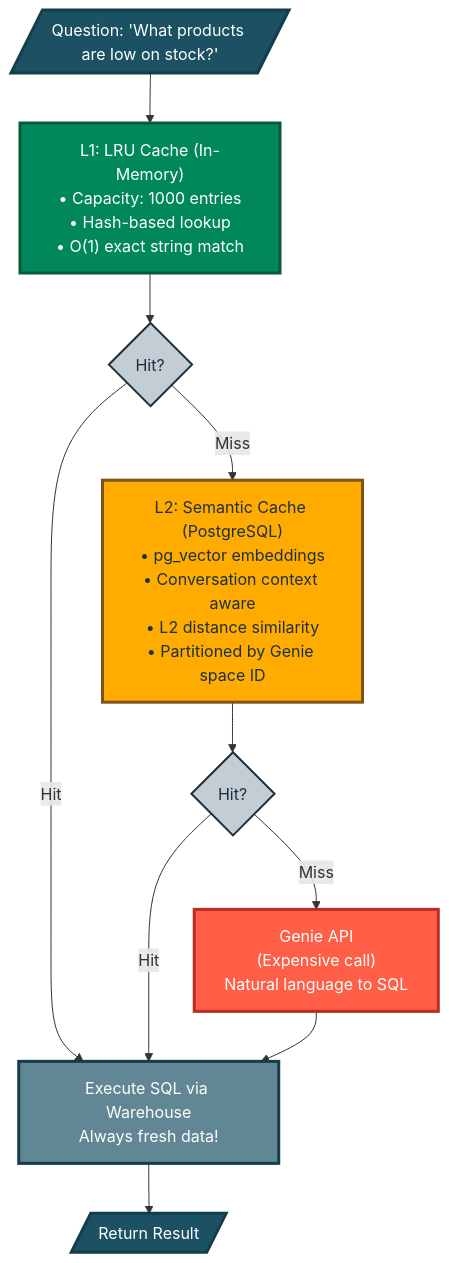
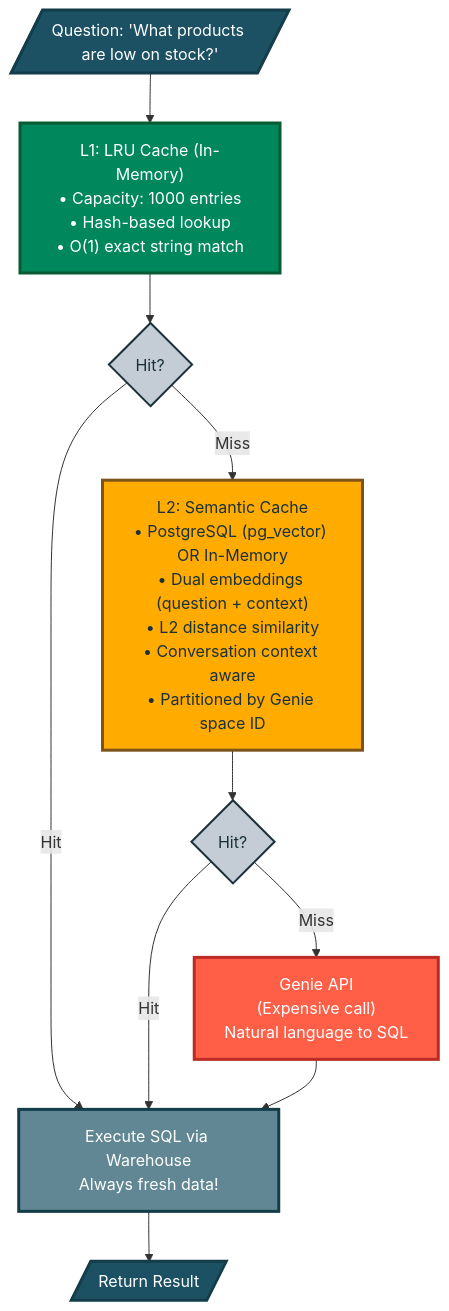
Before and after one commit to natefleming/retail-ai: the first of 2 diagrams in docs/key-capabilities.md, drawn with Mermaid. The commit also changed other lines of this file and 13 other files, not shown here.

Commit message:
add test for in memory semantic cache

````diff
--- a/docs/key-capabilities.md
+++ b/docs/key-capabilities.md
@@ -198,37 +198,37 @@
 ```mermaid
 graph TB
     question[/"Question: 'What products are low on stock?'"/]
     
     l1_cache["L1: LRU Cache (In-Memory)<br/>• Capacity: 1000 entries<br/>• Hash-based lookup<br/>• O(1) exact string match"]
     l1_hit{Hit?}
     
-    l2_cache["L2: Semantic Cache (PostgreSQL)<br/>• pg_vector embeddings<br/>• Conversation context aware<br/>• L2 distance similarity<br/>• Partitioned by Genie space ID"]
+    l2_cache["L2: Semantic Cache<br/>• PostgreSQL (pg_vector) OR In-Memory<br/>• Dual embeddings (question + context)<br/>• L2 distance similarity<br/>• Conversation context aware<br/>• Partitioned by Genie space ID"]
     l2_hit{Hit?}
     
     genie["Genie API<br/>(Expensive call)<br/>Natural language to SQL"]
     
     execute["Execute SQL via Warehouse<br/>Always fresh data!"]
     
     result[/"Return Result"/]
     
     question --> l1_cache
     l1_cache --> l1_hit
     l1_hit -->|Hit| execute
     l1_hit -->|Miss| l2_cache
     
     l2_cache --> l2_hit
     l2_hit -->|Hit| execute
     l2_hit -->|Miss| genie
     
     genie --> execute
     execute --> result
     
     style question fill:#1B5162,stroke:#143D4A,stroke-width:3px,color:#fff
     style l1_cache fill:#00875C,stroke:#095A35,stroke-width:3px,color:#fff
     style l2_cache fill:#FFAB00,stroke:#7D5319,stroke-width:3px,color:#1B3139
     style genie fill:#FF5F46,stroke:#BD2B26,stroke-width:3px,color:#fff
     style execute fill:#618794,stroke:#143D4A,stroke-width:3px,color:#fff
     style result fill:#1B5162,stroke:#143D4A,stroke-width:3px,color:#fff
     style l1_hit fill:#C4CCD6,stroke:#1B3139,stroke-width:2px,color:#1B3139
     style l2_hit fill:#C4CCD6,stroke:#1B3139,stroke-width:2px,color:#1B3139
 ```
````
